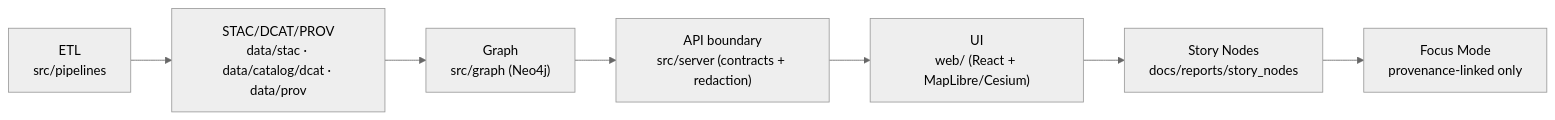
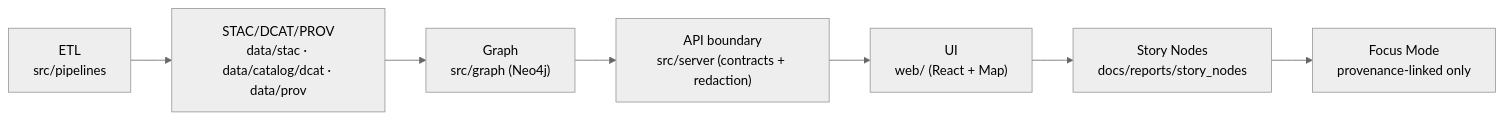
Before and after one commit to bartytime4life/Kansas-Frontier-Matrix: the first of 2 diagrams in web/src/story/README.md, drawn with Mermaid (neutral theme). The commit also changed other lines of this file, not shown here.

```diff
--- a/web/src/story/README.md
+++ b/web/src/story/README.md
@@ -201,9 +215,9 @@
 ~~~mermaid
 flowchart LR
   A["ETL<br/>src/pipelines"] --> B["STAC/DCAT/PROV<br/>data/stac · data/catalog/dcat · data/prov"]
   B --> C["Graph<br/>src/graph (Neo4j)"]
   C --> D["API boundary<br/>src/server (contracts + redaction)"]
-  D --> E["UI<br/>web/ (React + MapLibre/Cesium)"]
+  D --> E["UI<br/>web/ (React + Map)"]
   E --> F["Story Nodes<br/>docs/reports/story_nodes"]
   F --> G["Focus Mode<br/>provenance-linked only"]
 ~~~
```
